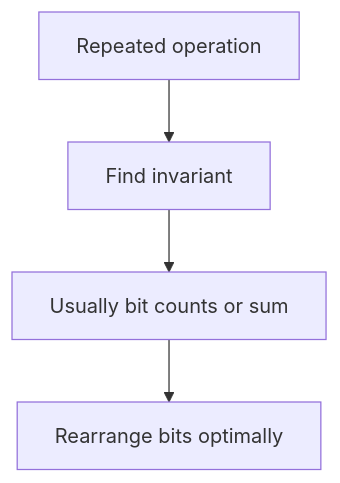
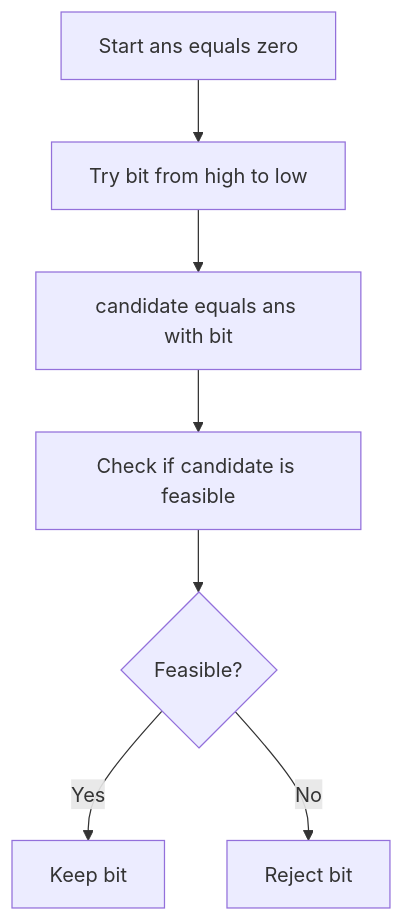
Before and after one commit to mthaiseer/springcloud-systemdesign-notes: diagram 19 of 22 in CP_DSA_NOTES/CONCEPT_FRAMEWORK_FORMS_TATICS/bitwise_playbook.md, drawn with Mermaid. The commit also changed other lines of this file, not shown here.

````diff
--- a/CP_DSA_NOTES/CONCEPT_FRAMEWORK_FORMS_TATICS/bitwise_playbook.md
+++ b/CP_DSA_NOTES/CONCEPT_FRAMEWORK_FORMS_TATICS/bitwise_playbook.md
@@ -552,6 +804,9 @@
 ```mermaid
 flowchart TD
-    A["Repeated operation"] --> B["Find invariant"]
-    B --> C["Usually bit counts or sum"]
-    C --> D["Rearrange bits optimally"]
+    A["Start ans equals zero"] --> B["Try bit from high to low"]
+    B --> C["candidate equals ans with bit"]
+    C --> D["Check if candidate is feasible"]
+    D --> E{"Feasible?"}
+    E -->|"Yes"| F["Keep bit"]
+    E -->|"No"| G["Reject bit"]
 ```
````
